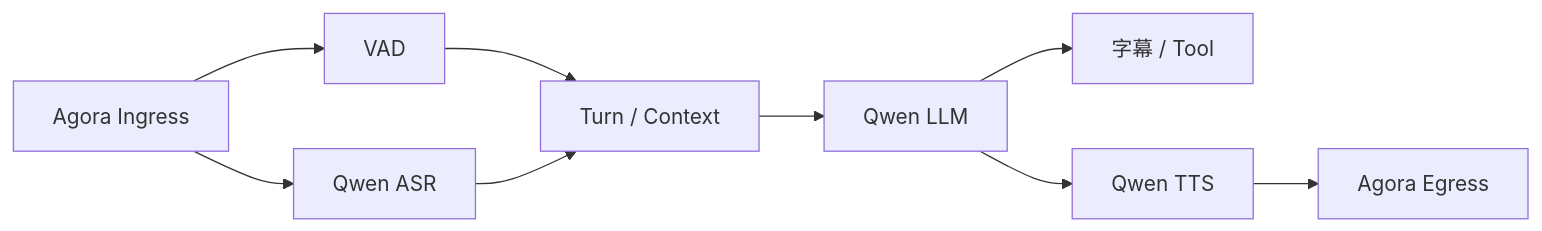
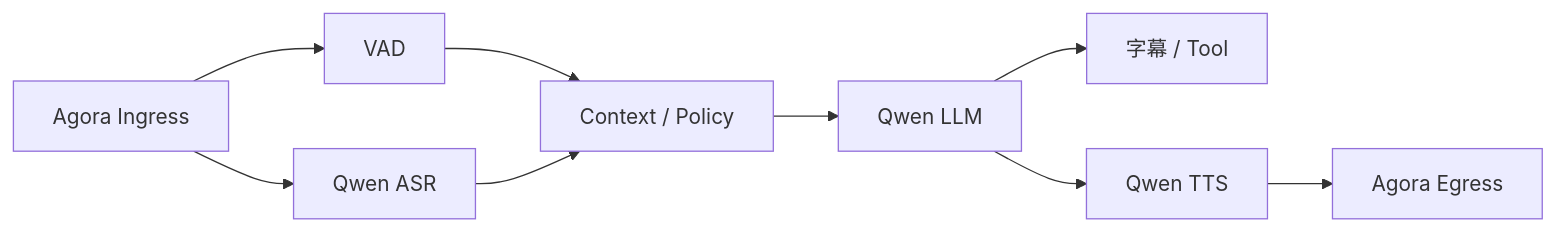
Before and after one commit to PiyotaHu/Voxa: the second of 3 diagrams in docs/site/zh/voice-architecture.md, drawn with Mermaid. The commit also changed other lines of this file and 105 other files, not shown here.

````diff
--- a/docs/site/zh/voice-architecture.md
+++ b/docs/site/zh/voice-architecture.md
@@ -27,11 +27,11 @@
 ```mermaid
 flowchart LR
     IN["Agora Ingress"] --> VAD["VAD"]
     IN --> ASR["Qwen ASR"]
-    VAD --> FUSION["Turn / Context"]
+    VAD --> FUSION["Context / Policy"]
     ASR --> FUSION
     FUSION --> LLM["Qwen LLM"]
     LLM --> TEXT["字幕 / Tool"]
     LLM --> TTS["Qwen TTS"]
     TTS --> OUT["Agora Egress"]
 ```
````
